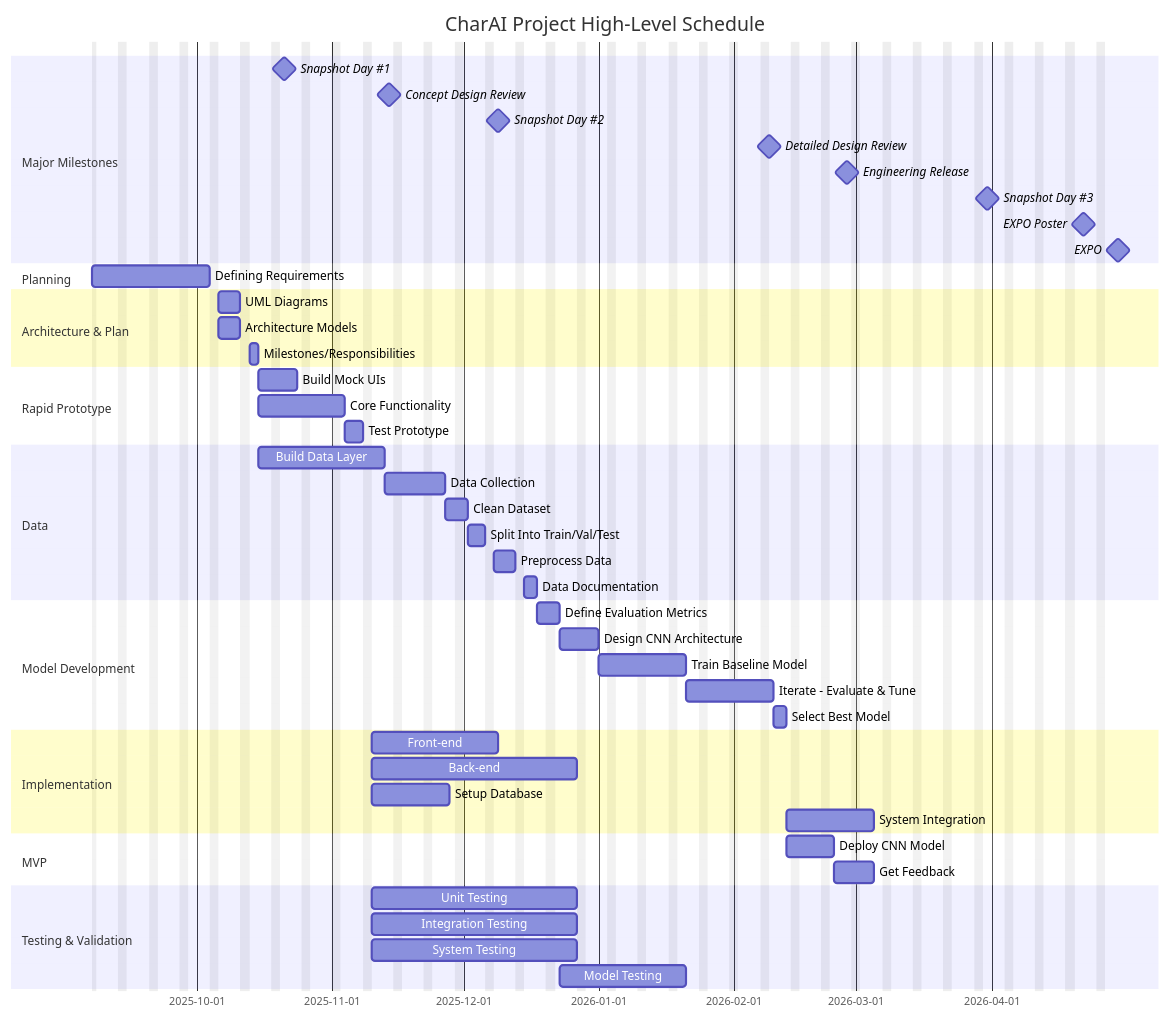
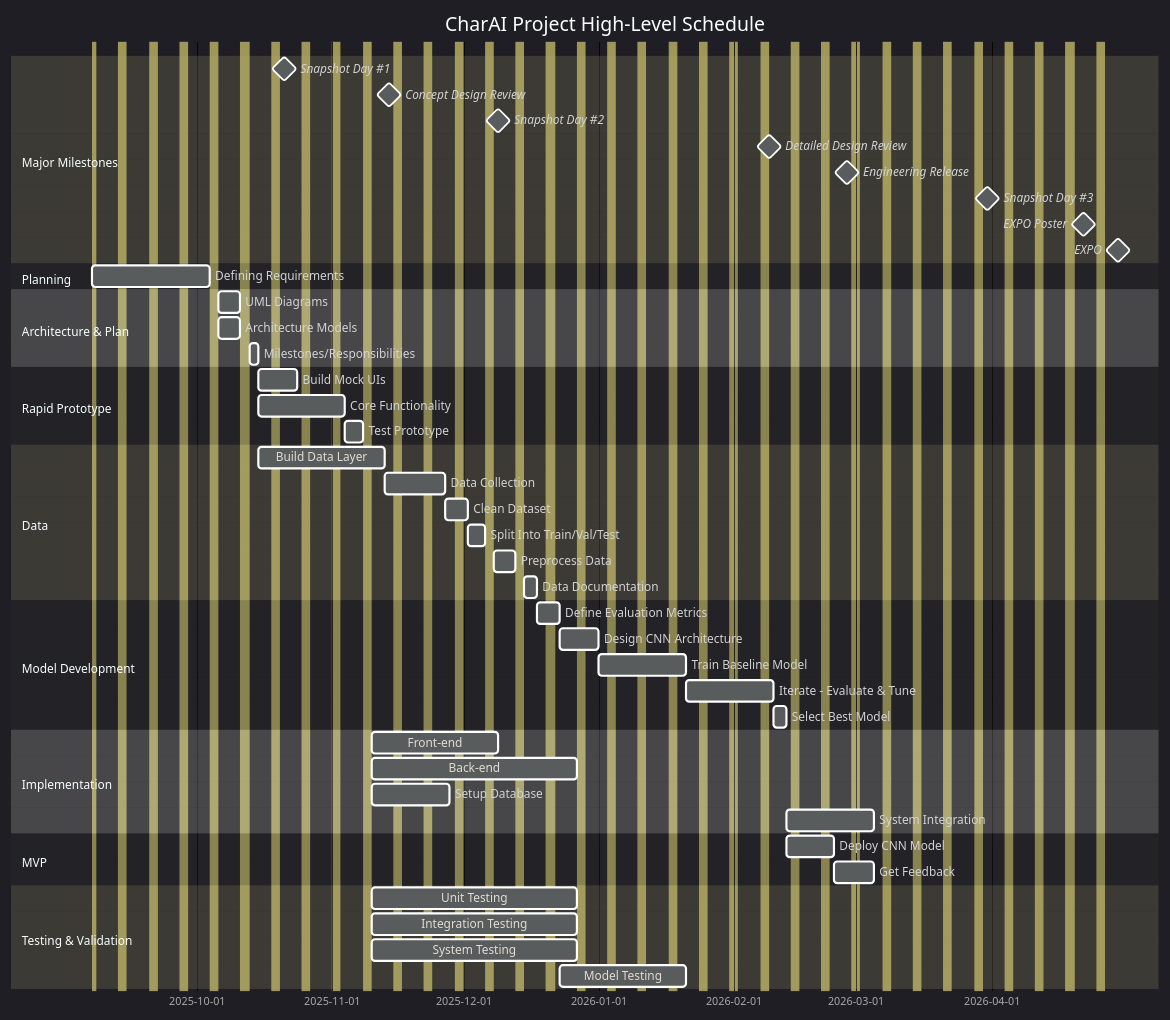
Before and after one commit to JosephPBaruch/CharAI: the diagram in docs/03_Project_Management/Schedule/Gantt.mmd, drawn with Mermaid.

```diff
--- a/docs/03_Project_Management/Schedule/Gantt.mmd
+++ b/docs/03_Project_Management/Schedule/Gantt.mmd
@@ -1,53 +1,53 @@
 ---
 config:
-  theme: mc
+  theme: dark
 ---
 gantt
     title CharAI Project High-Level Schedule
     dateFormat  YYYY-MM-DD
     excludes    weekends
     section Major Milestones
     Snapshot Day #1          :milestone, sd1, 2025-10-21, 0d
     Concept Design Review    :milestone, cdr, 2025-11-14, 0d
     Snapshot Day #2          :milestone, sd2, 2025-12-9, 0d
     Detailed Design Review   :milestone, ddr, 2026-2-9, 0d
     Engineering Release      :milestone, eng, 2026-2-27, 0d
     Snapshot Day #3          :milestone, sd3, 2026-3-31, 0d
     EXPO Poster              :milestone, poster, 2026-4-22, 0d
     EXPO                     :milestone, expo, 2026-4-30, 0d
     section Planning
     Defining Requirements     :reqs, 2025-9-7, 3w
     section Architecture & Plan
     UML Diagrams              :uml, after reqs, 5d
     Architecture Models       :arch, after reqs, 5d
     Milestones/Responsibilities :sresp, after uml arch, 2d
     section Rapid Prototype
     Build Mock UIs            :mock, after sresp, 1w
     Core Functionality        :core, after sresp, 2w
     Test Prototype            :tprot, after core, 4d
     section Data
     Build Data Layer          :data, after sresp, 3w
     Data Collection           :prep, after data, 10d
     Clean Dataset             :dat1, after prep, 3d
     Split Into Train/Val/Test :dat2, after dat1, 4d
     Preprocess Data           :dat3, after dat2, 5d
     Data Documentation        :dat4, after dat3, 3d
     section Model Development
     Define Evaluation Metrics :modl1, after dat4, 3d
     Design CNN Architecture   :modl2, after modl1, 7d
     Train Baseline Model      :modl3, after modl2, 2w
     Iterate - Evaluate & Tune :modl4, after modl3, 2w
     Select Best Model         :modl5, after modl4, 3d
     section Implementation
     Front-end                 :frnt, after tprot, 3w
     Back-end                  :back, after tprot, 5w
     Setup Database            :db, after tprot, 2w
     System Integration        :sysint, after modl5 frnt back db, 2w
     section MVP
     Deploy CNN Model          :mvp, after modl5, 1w
     Get Feedback              :fdbck, after mvp, 1w
     section Testing & Validation
     Unit Testing              :utest, after tprot, 5w
     Integration Testing       :itest, after tprot, 5w
     System Testing            :stest, after tprot, 5w
     Model Testing             :mtest, after modl1, 3w
```
